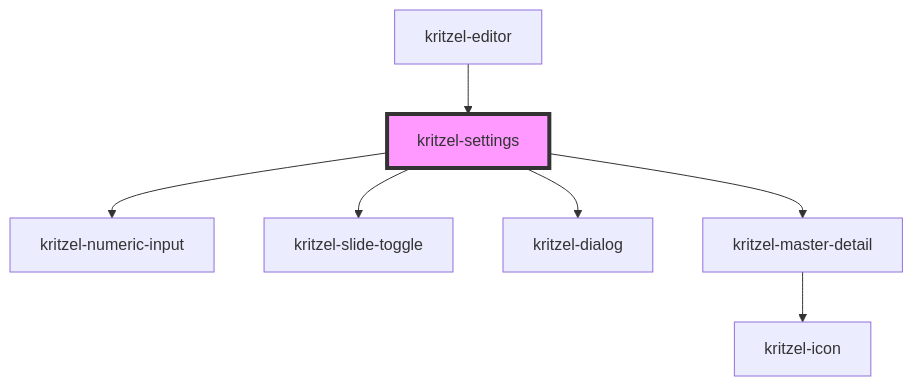
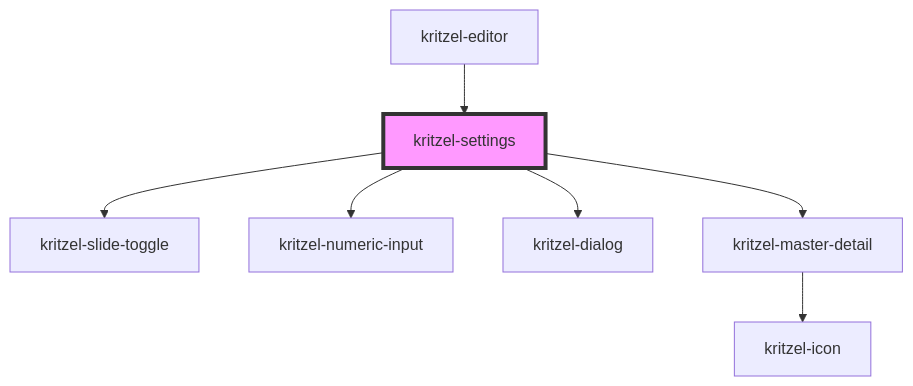
One commit to kasual1/kritzel changed the diagram in libs/kritzel-stencil/src/components/ui/kritzel-settings/readme.md. Above: the diagram before and after it, drawn with Mermaid. The commit also changed other lines of this file and 11 other files, not shown here.

````diff
--- a/libs/kritzel-stencil/src/components/ui/kritzel-settings/readme.md
+++ b/libs/kritzel-stencil/src/components/ui/kritzel-settings/readme.md
@@ -63,10 +63,10 @@
 ```mermaid
 graph TD;
+  kritzel-settings --> kritzel-slide-toggle
   kritzel-settings --> kritzel-numeric-input
-  kritzel-settings --> kritzel-slide-toggle
   kritzel-settings --> kritzel-dialog
   kritzel-settings --> kritzel-master-detail
   kritzel-master-detail --> kritzel-icon
   kritzel-editor --> kritzel-settings
   style kritzel-settings fill:#f9f,stroke:#333,stroke-width:4px
 ```
````
